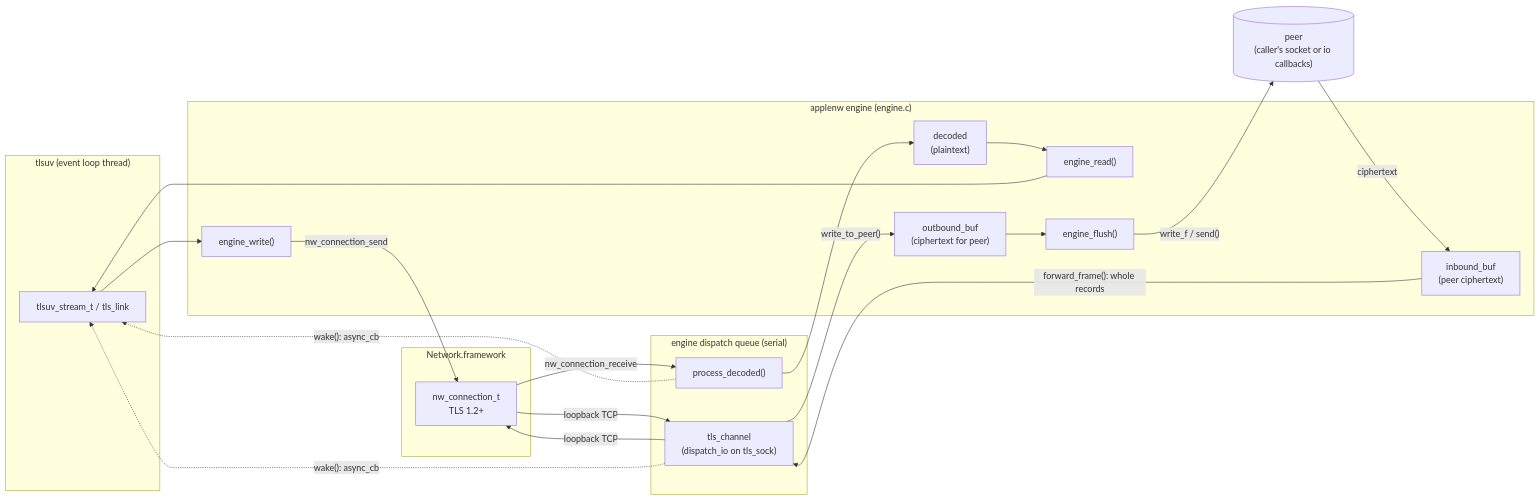
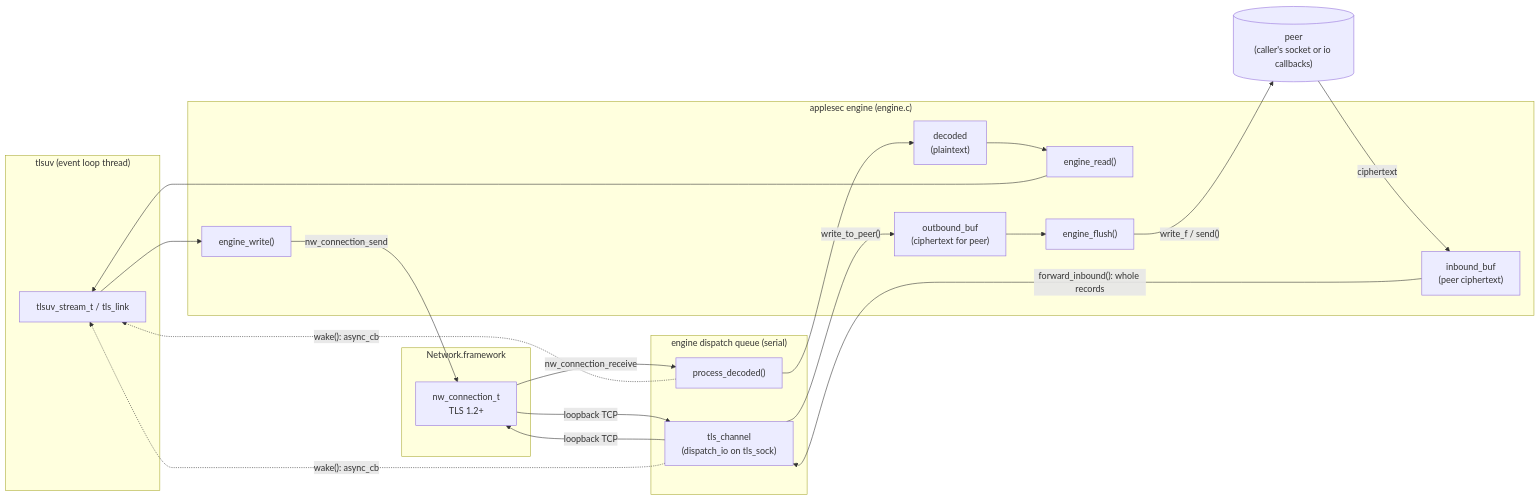
One commit to openziti/tlsuv changed the first of 2 diagrams in src/applesec/README.md. Above: the diagram before and after it, drawn with Mermaid. The commit also changed other lines of this file and 3 other files, not shown here.

````diff
--- a/src/applesec/README.md
+++ b/src/applesec/README.md
@@ -42,36 +40,36 @@
 ```mermaid
 flowchart LR
     subgraph app["tlsuv (event loop thread)"]
         S["tlsuv_stream_t / tls_link"]
     end
 
-    subgraph eng["applenw engine (engine.c)"]
+    subgraph eng["applesec engine (engine.c)"]
         R["engine_read()"]
         W["engine_write()"]
         F["engine_flush()"]
         IN["inbound_buf<br/>(peer ciphertext)"]
         OUT["outbound_buf<br/>(ciphertext for peer)"]
         DEC["decoded<br/>(plaintext)"]
     end
 
     subgraph q["engine dispatch queue (serial)"]
         CH["tls_channel<br/>(dispatch_io on tls_sock)"]
         PD["process_decoded()"]
     end
 
     subgraph nw["Network.framework"]
         NWC["nw_connection_t<br/>TLS 1.2+"]
     end
 
     PEER[("peer<br/>(caller's socket or io callbacks)")]
 
     PEER -- "ciphertext" --> IN
-    IN -- "forward_frame(): whole records" --> CH
+    IN -- "forward_inbound(): whole records" --> CH
     CH -- "loopback TCP" --> NWC
     NWC -- "nw_connection_receive" --> PD --> DEC --> R --> S
     S --> W -- "nw_connection_send" --> NWC
     NWC -- "loopback TCP" --> CH
     CH -- "write_to_peer()" --> OUT --> F -- "write_f / send()" --> PEER
     PD -. "wake(): async_cb" .-> S
     CH -. "wake(): async_cb" .-> S
 ```
````
